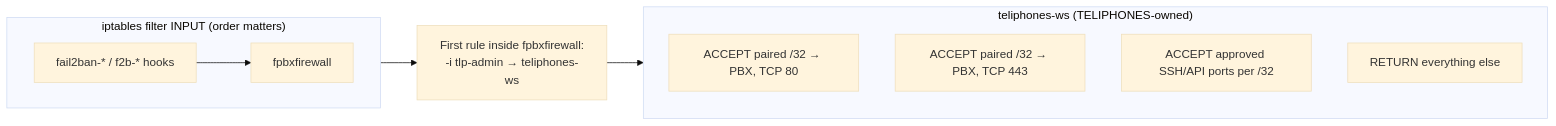
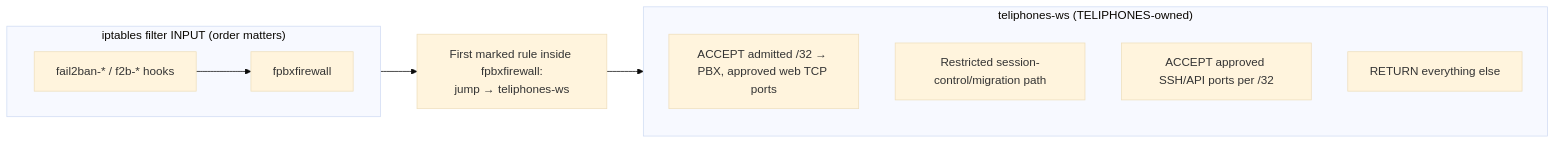
One commit to kierknoby/teliphones changed the third of 3 diagrams in docs/ARCHITECTURE.md. Above: the diagram before and after it, drawn with Mermaid (base theme). The commit also changed other lines of this file and 44 other files, not shown here.

````diff
--- a/docs/ARCHITECTURE.md
+++ b/docs/ARCHITECTURE.md
@@ -153,15 +168,15 @@
 ```mermaid
 flowchart LR
     subgraph INPUT["iptables filter INPUT (order matters)"]
         direction LR
         F1["fail2ban-* / f2b-* hooks"] --> FP["fpbxfirewall"]
     end
-    FP --> J["First rule inside fpbxfirewall:<br/>-i tlp-admin → teliphones-ws"]
+    FP --> J["First marked rule inside fpbxfirewall:<br/>jump → teliphones-ws"]
     J --> TW
     subgraph TW["teliphones-ws (TELIPHONES-owned)"]
-        R1["ACCEPT paired /32 → PBX, TCP 80"]
-        R2["ACCEPT paired /32 → PBX, TCP 443"]
+        R1["ACCEPT admitted /32 → PBX, approved web TCP ports"]
+        R2["Restricted session-control/migration path"]
         R3["ACCEPT approved SSH/API ports per /32"]
         R4["RETURN everything else"]
     end
 ```
````
